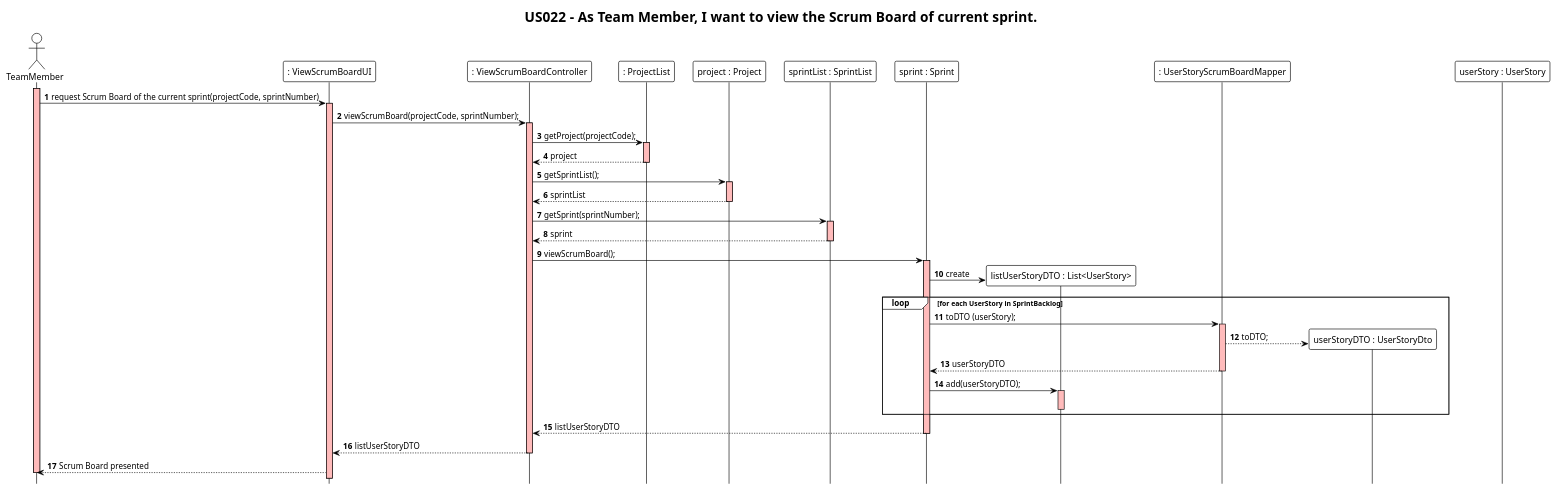
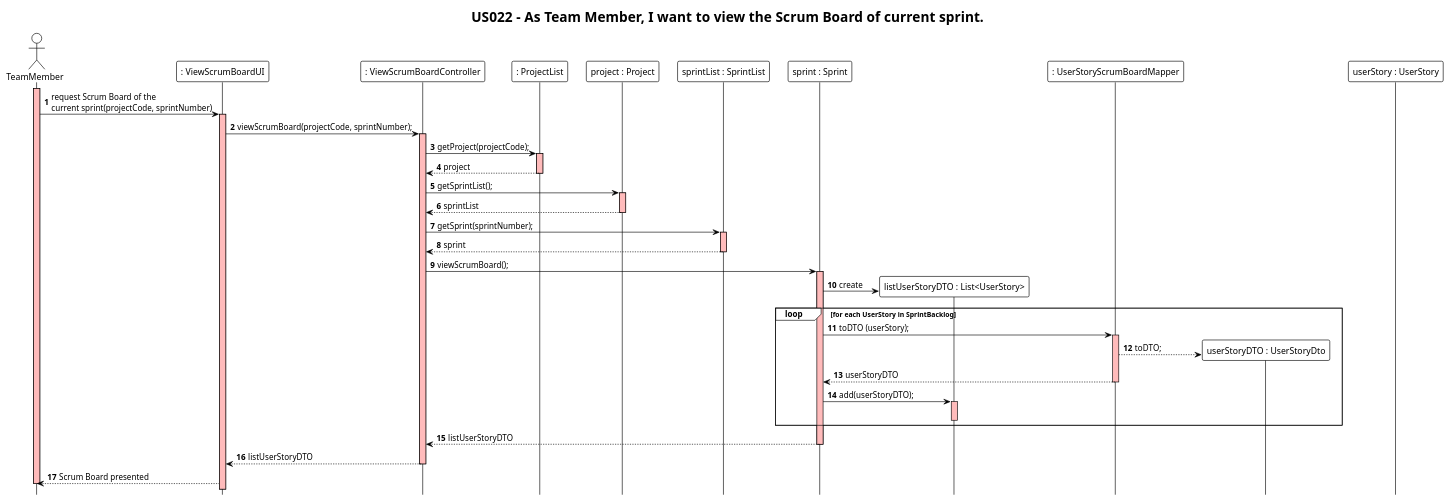
The diagram in docs/modelling_design/user_stories/us022/US022_ViewScrumBoardSD.puml (ivo-menezes/project_g3), drawn with PlantUML before and after one commit. The commit also changed 1 other file, not shown here.

```diff
--- a/docs/modelling_design/user_stories/us022/US022_ViewScrumBoardSD.puml
+++ b/docs/modelling_design/user_stories/us022/US022_ViewScrumBoardSD.puml
@@ -1,66 +1,66 @@
 @startuml
 !theme plain
 autonumber
 title "US022 - As Team Member, I want to view the Scrum Board of current sprint."
 hide footbox
 
 actor TeamMember as User
 participant ": ViewScrumBoardUI" as UI
 participant ": ViewScrumBoardController" as Controller
 participant ": ProjectList" as List
 participant "project : Project" as Project
 participant "sprintList : SprintList" as SprintList
 participant "sprint : Sprint" as Sprint
 participant "listUserStoryDTO : List<UserStory>" as DTOList
 participant ": UserStoryScrumBoardMapper" as Assembler
 participant "userStoryDTO : UserStoryDto" as Dto
 participant "userStory : UserStory" as US
 
 activate User #FFBBBB
-User -> UI: request Scrum Board of the current sprint(projectCode, sprintNumber)
+User -> UI: request Scrum Board of the \ncurrent sprint(projectCode, sprintNumber)
 
 activate UI #FFBBBB
 UI -> Controller: viewScrumBoard(projectCode, sprintNumber);
 activate Controller #FFBBBB
 
 Controller -> List: getProject(projectCode);
 activate List #FFBBBB
 List --> Controller: project
 deactivate List
 
 Controller -> Project: getSprintList();
 activate Project #FFBBBB
 Project --> Controller: sprintList
 deactivate Project
 
 Controller -> SprintList: getSprint(sprintNumber);
 activate SprintList #FFBBBB
 SprintList --> Controller: sprint
 deactivate SprintList
 
 Controller -> Sprint: viewScrumBoard();
 activate Sprint #FFBBBB
 
 Sprint -> DTOList **: create
 
 loop for each UserStory in SprintBacklog
 
 
 Sprint -> Assembler: toDTO (userStory);
 activate Assembler #FFBBBB
 Assembler --> Dto **: toDTO;
 Assembler --> Sprint: userStoryDTO
 deactivate Assembler
 Sprint -> DTOList: add(userStoryDTO);
 activate DTOList #FFBBBB
 deactivate DTOList
 end
 
 Sprint --> Controller: listUserStoryDTO
 deactivate Sprint
 Controller --> UI: listUserStoryDTO
 deactivate Controller
 
 UI --> User: Scrum Board presented
 deactivate User
 @enduml
```
